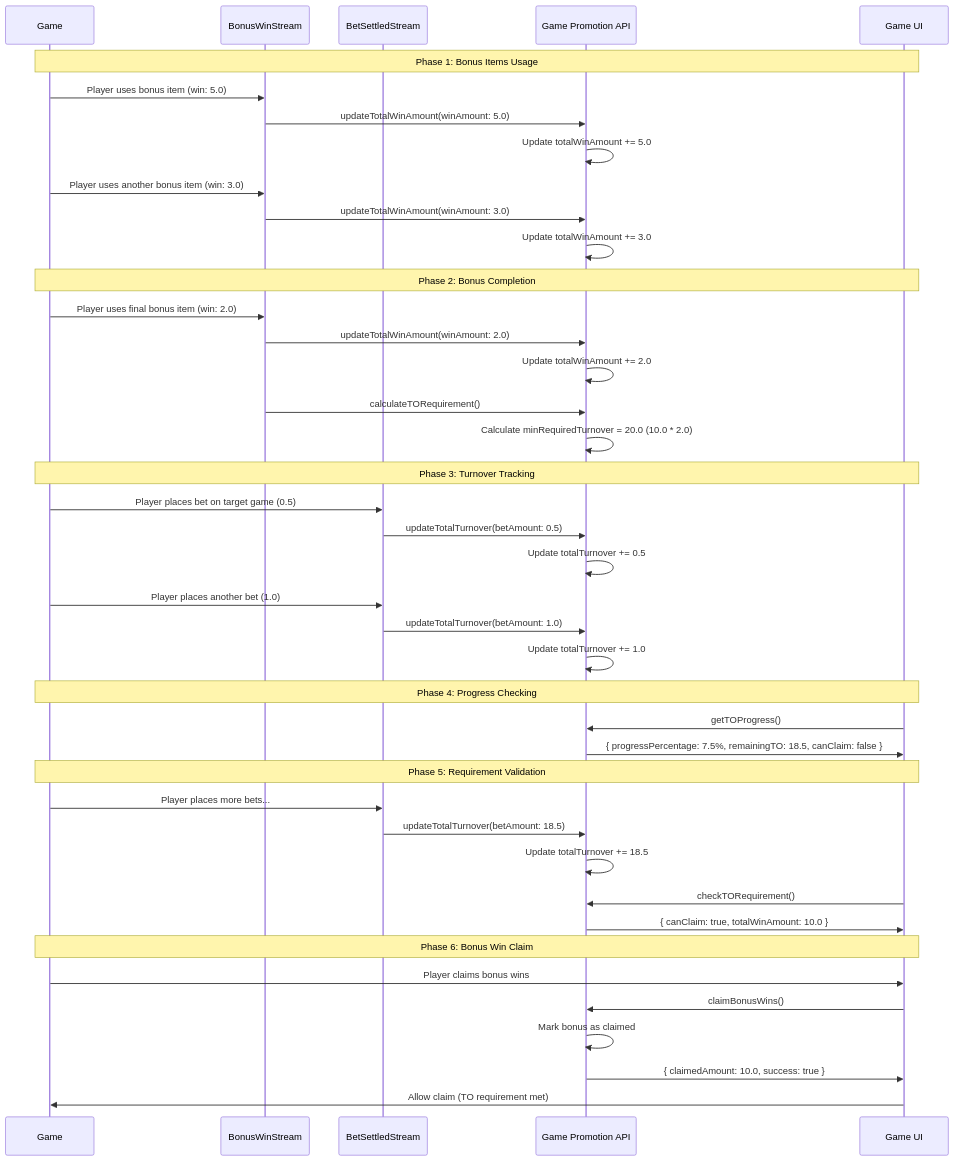
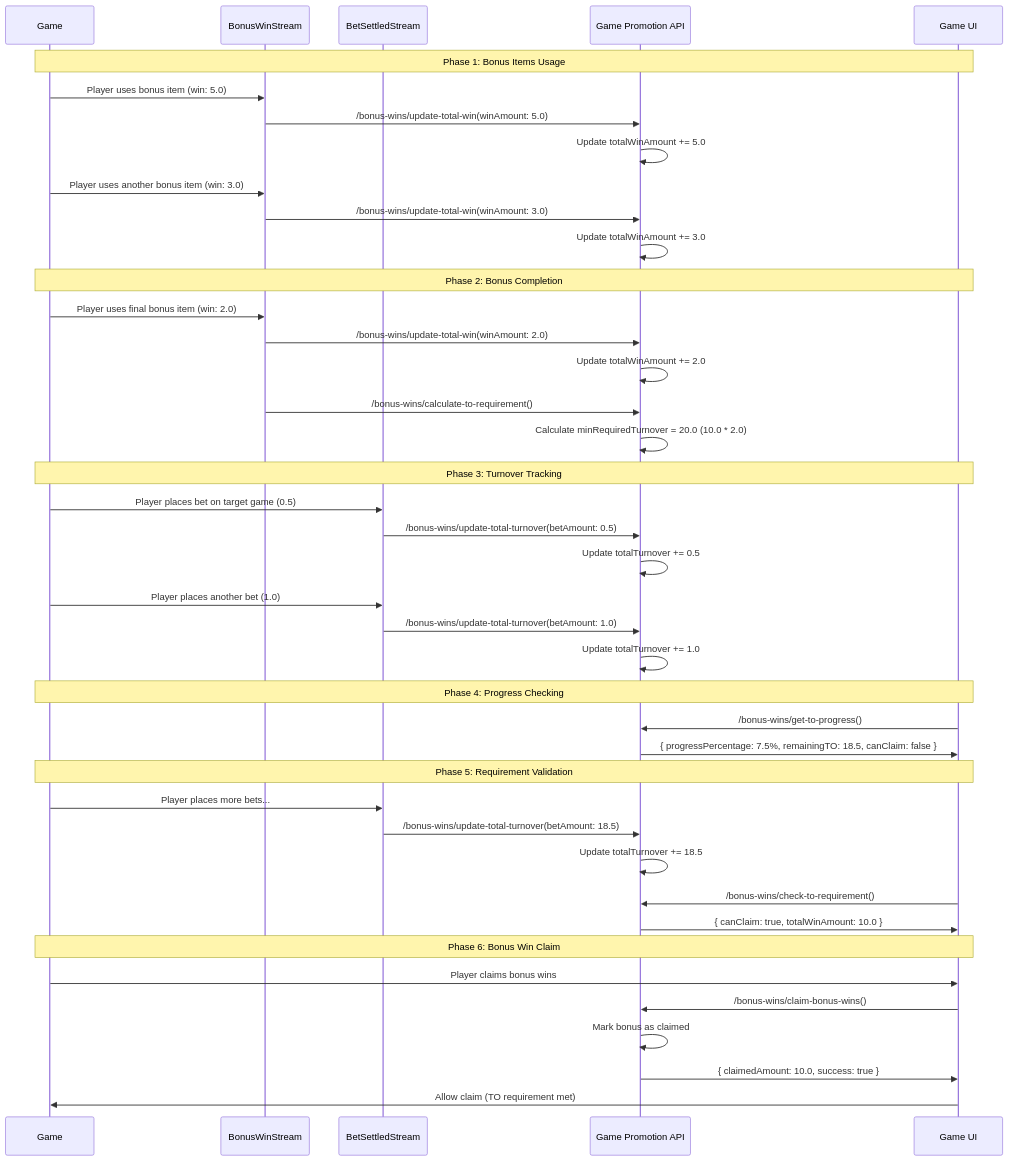
The diagram in diagrams/sequence/TurnoverTrackingFlow.md (starixvn/l1_backend-services_game-promotion-api), drawn with Mermaid before and after one commit. The commit also changed other lines of this file and 10 other files, not shown here.

Commit message:
feat: add bonus-wins.controller to handle promotion

````diff
--- a/diagrams/sequence/TurnoverTrackingFlow.md
+++ b/diagrams/sequence/TurnoverTrackingFlow.md
@@ -11,52 +11,52 @@
 ```mermaid
 sequenceDiagram
     participant Game
     participant BonusWinStream
     participant BetSettledStream
     participant API as Game Promotion API
     participant UI as Game UI
 
     Note over Game,UI: Phase 1: Bonus Items Usage
     Game->>BonusWinStream: Player uses bonus item (win: 5.0)
-    BonusWinStream->>API: updateTotalWinAmount(winAmount: 5.0)
+    BonusWinStream->>API: /bonus-wins/update-total-win(winAmount: 5.0)
     API->>API: Update totalWinAmount += 5.0
 
     Game->>BonusWinStream: Player uses another bonus item (win: 3.0)
-    BonusWinStream->>API: updateTotalWinAmount(winAmount: 3.0)
+    BonusWinStream->>API: /bonus-wins/update-total-win(winAmount: 3.0)
     API->>API: Update totalWinAmount += 3.0
 
     Note over Game,UI: Phase 2: Bonus Completion
     Game->>BonusWinStream: Player uses final bonus item (win: 2.0)
-    BonusWinStream->>API: updateTotalWinAmount(winAmount: 2.0)
+    BonusWinStream->>API: /bonus-wins/update-total-win(winAmount: 2.0)
     API->>API: Update totalWinAmount += 2.0
-    BonusWinStream->>API: calculateTORequirement()
+    BonusWinStream->>API: /bonus-wins/calculate-to-requirement()
     API->>API: Calculate minRequiredTurnover = 20.0 (10.0 * 2.0)
 
     Note over Game,UI: Phase 3: Turnover Tracking
     Game->>BetSettledStream: Player places bet on target game (0.5)
-    BetSettledStream->>API: updateTotalTurnover(betAmount: 0.5)
+    BetSettledStream->>API: /bonus-wins/update-total-turnover(betAmount: 0.5)
     API->>API: Update totalTurnover += 0.5
 
     Game->>BetSettledStream: Player places another bet (1.0)
-    BetSettledStream->>API: updateTotalTurnover(betAmount: 1.0)
+    BetSettledStream->>API: /bonus-wins/update-total-turnover(betAmount: 1.0)
     API->>API: Update totalTurnover += 1.0
 
     Note over Game,UI: Phase 4: Progress Checking
-    UI->>API: getTOProgress()
+    UI->>API: /bonus-wins/get-to-progress()
     API->>UI: { progressPercentage: 7.5%, remainingTO: 18.5, canClaim: false }
 
     Note over Game,UI: Phase 5: Requirement Validation
     Game->>BetSettledStream: Player places more bets...
-    BetSettledStream->>API: updateTotalTurnover(betAmount: 18.5)
+    BetSettledStream->>API: /bonus-wins/update-total-turnover(betAmount: 18.5)
     API->>API: Update totalTurnover += 18.5
 
-    UI->>API: checkTORequirement()
+    UI->>API: /bonus-wins/check-to-requirement()
     API->>UI: { canClaim: true, totalWinAmount: 10.0 }
 
     Note over Game,UI: Phase 6: Bonus Win Claim
     Game->>UI: Player claims bonus wins
-    UI->>API: claimBonusWins()
+    UI->>API: /bonus-wins/claim-bonus-wins()
     API->>API: Mark bonus as claimed
     API->>UI: { claimedAmount: 10.0, success: true }
     UI->>Game: Allow claim (TO requirement met)
 ```
````
